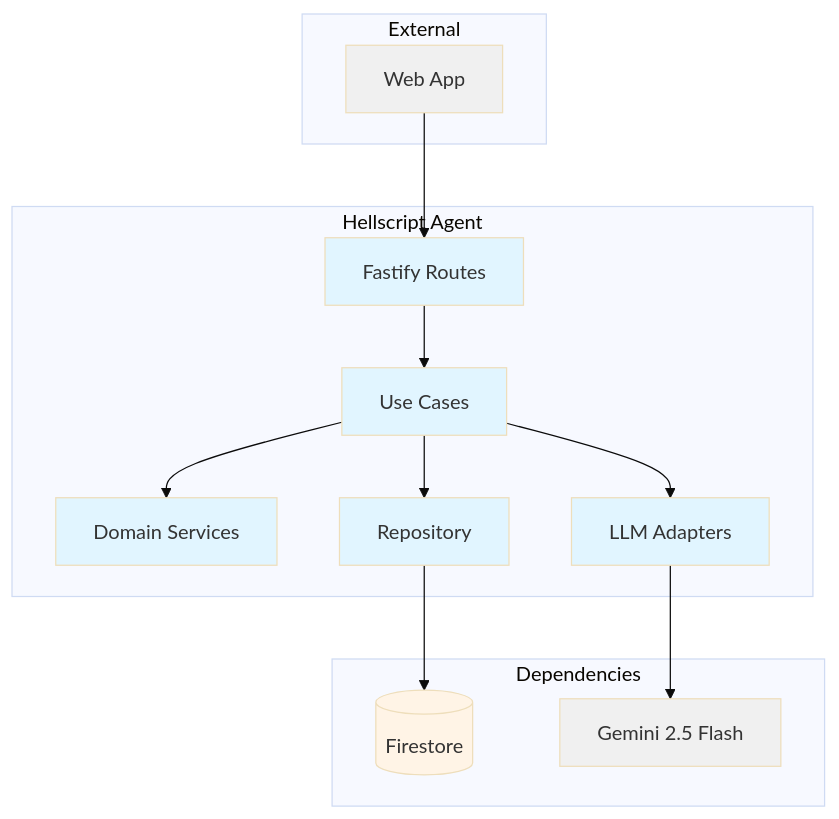
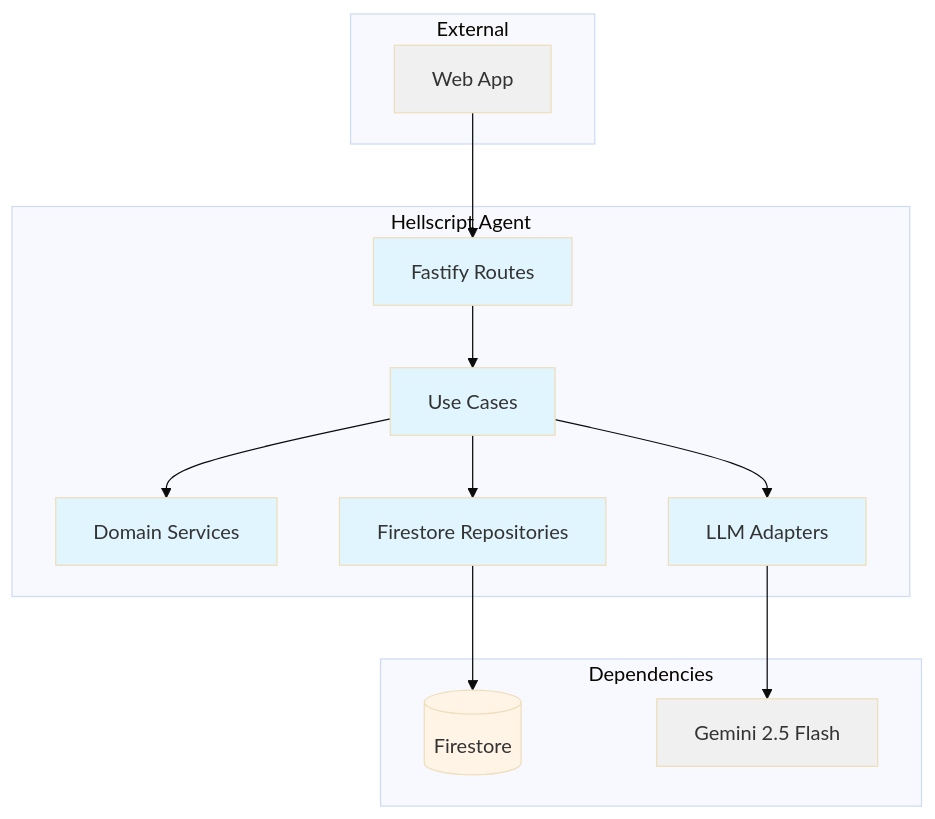
The first of 2 diagrams in docs/services/hellscript-agent/technical.md (pbuchman/intexuraos), drawn with Mermaid (base theme) before and after one commit. The commit also changed other lines of this file and 154 other files, not shown here.

````diff
--- a/docs/services/hellscript-agent/technical.md
+++ b/docs/services/hellscript-agent/technical.md
@@ -9,35 +9,35 @@
 ```mermaid
 graph TB
     subgraph "External"
         WebUI[Web App]
     end
 
     subgraph "Hellscript Agent"
         API[Fastify Routes]
         UC[Use Cases]
         DS[Domain Services]
         LLM[LLM Adapters]
-        Repo[Repository]
+        Repo[Firestore Repositories]
     end
 
     subgraph "Dependencies"
         Firestore[(Firestore)]
         Gemini[Gemini 2.5 Flash]
     end
 
     WebUI --> API
     API --> UC
     UC --> DS
     UC --> LLM
     UC --> Repo
     Repo --> Firestore
     LLM --> Gemini
 
     classDef service fill:#e1f5ff
     classDef storage fill:#fff4e6
     classDef external fill:#f0f0f0
 
     class API,UC,DS,LLM,Repo service
     class Firestore storage
     class WebUI,Gemini external
 ```
````
